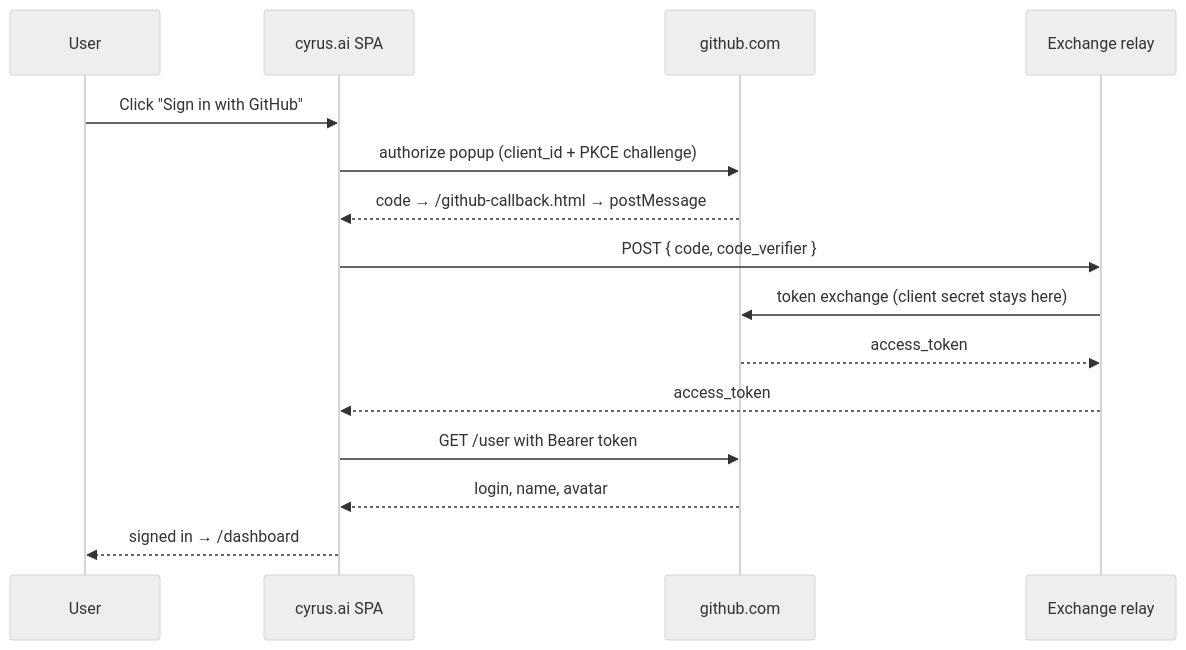
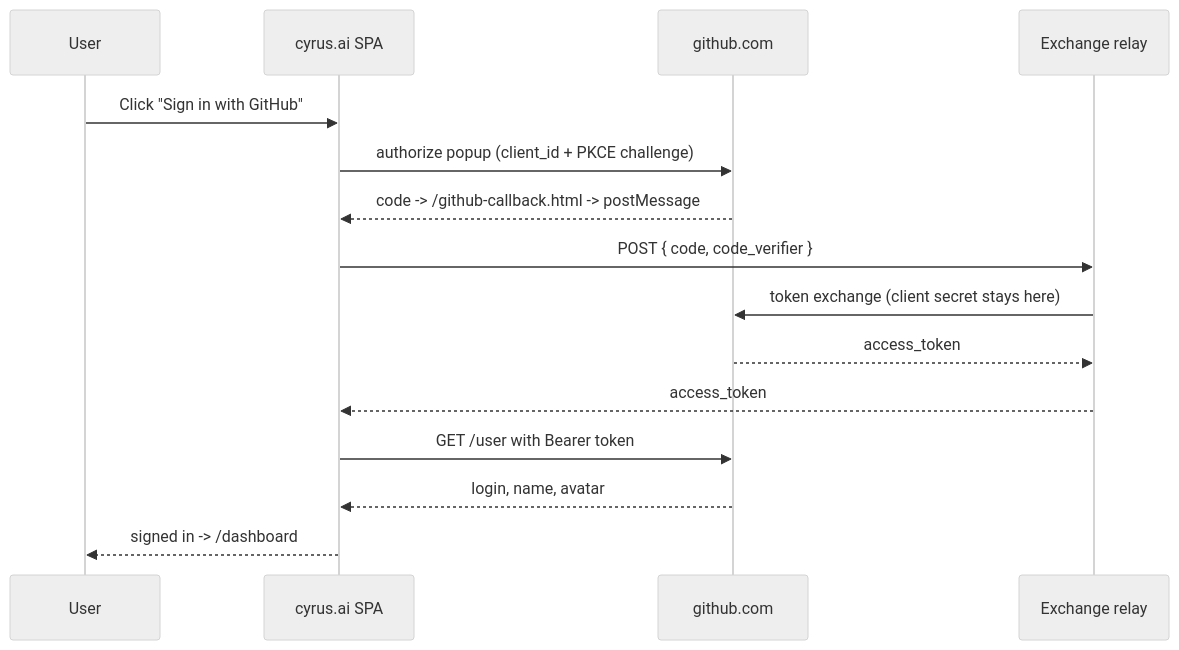
Before and after one commit to adityalenova/cyrus-ai: the first of 2 diagrams in README.md, drawn with Mermaid (neutral theme). The commit also changed other lines of this file and 15 other files, not shown here.

````diff
--- a/README.md
+++ b/README.md
@@ -123,17 +205,17 @@
 ```mermaid
 sequenceDiagram
     participant U as User
     participant S as cyrus.ai SPA
     participant G as github.com
     participant R as Exchange relay
     U->>S: Click "Sign in with GitHub"
     S->>G: authorize popup (client_id + PKCE challenge)
-    G-->>S: code → /github-callback.html → postMessage
+    G-->>S: code -> /github-callback.html -> postMessage
     S->>R: POST { code, code_verifier }
     R->>G: token exchange (client secret stays here)
     G-->>R: access_token
     R-->>S: access_token
     S->>G: GET /user with Bearer token
     G-->>S: login, name, avatar
-    S-->>U: signed in → /dashboard
+    S-->>U: signed in -> /dashboard
 ```
````
